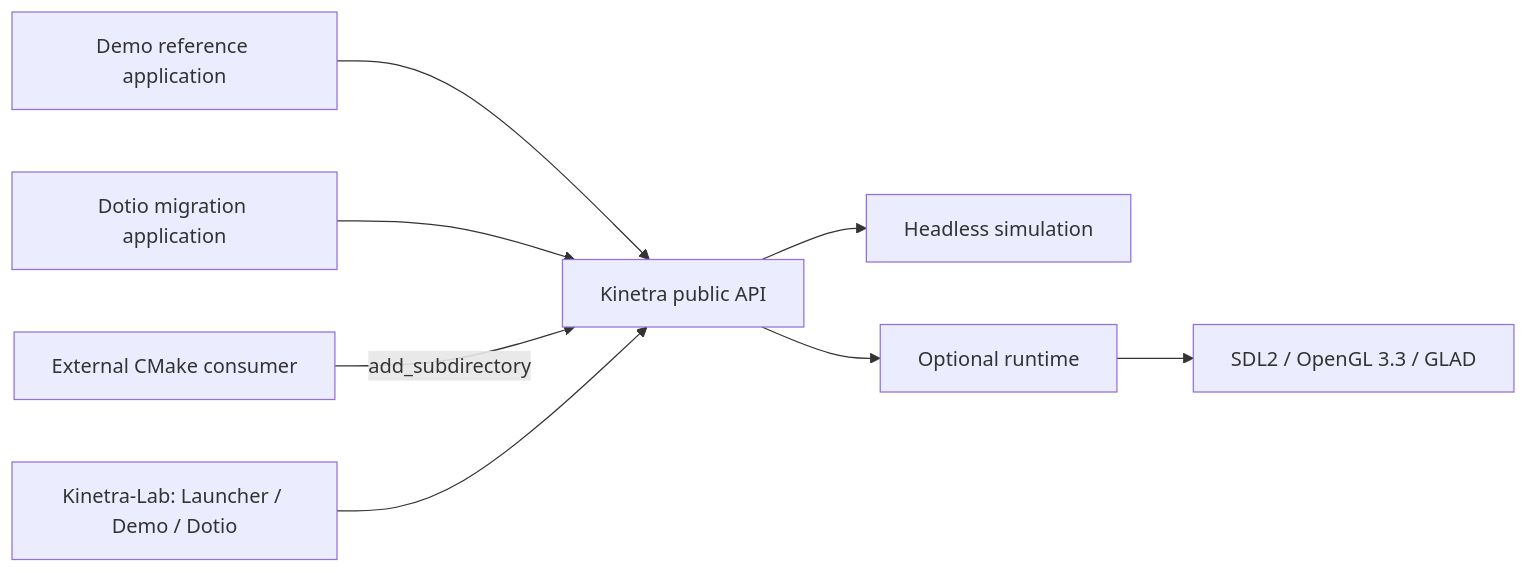
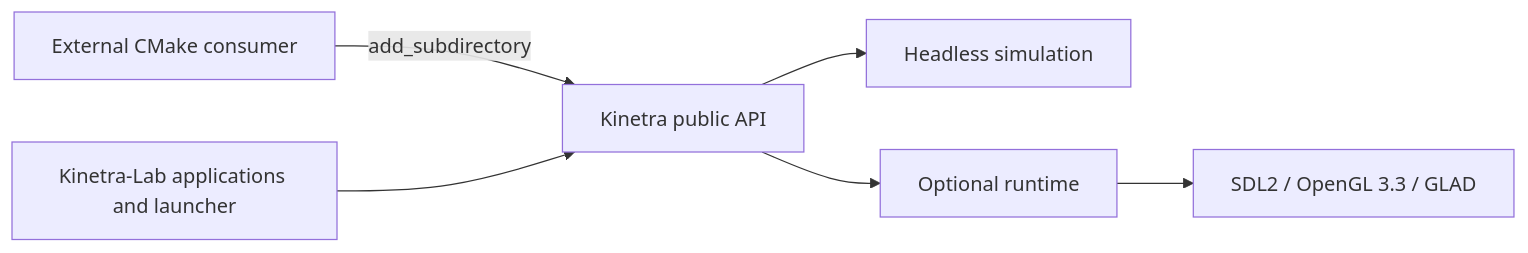
Before and after one commit to SMB-M87/Kinetra: the first of 4 diagrams in docs/architecture.md, drawn with Mermaid. The commit also changed other lines of this file and 17 other files, not shown here.

````diff
--- a/docs/architecture.md
+++ b/docs/architecture.md
@@ -15,10 +15,9 @@
 ```mermaid
 flowchart LR
-    Demo[Demo reference application] --> K[Kinetra public API]
-    Dotio[Dotio migration application] --> K
+    K[Kinetra public API]
     Consumer[External CMake consumer] -->|add_subdirectory| K
-    Lab[Kinetra-Lab: Launcher / Demo / Dotio] --> K
+    Lab[Kinetra-Lab applications and launcher] --> K
     K --> Sim[Headless simulation]
     K --> Runtime[Optional runtime]
     Runtime --> Backend[SDL2 / OpenGL 3.3 / GLAD]
 ```
````
